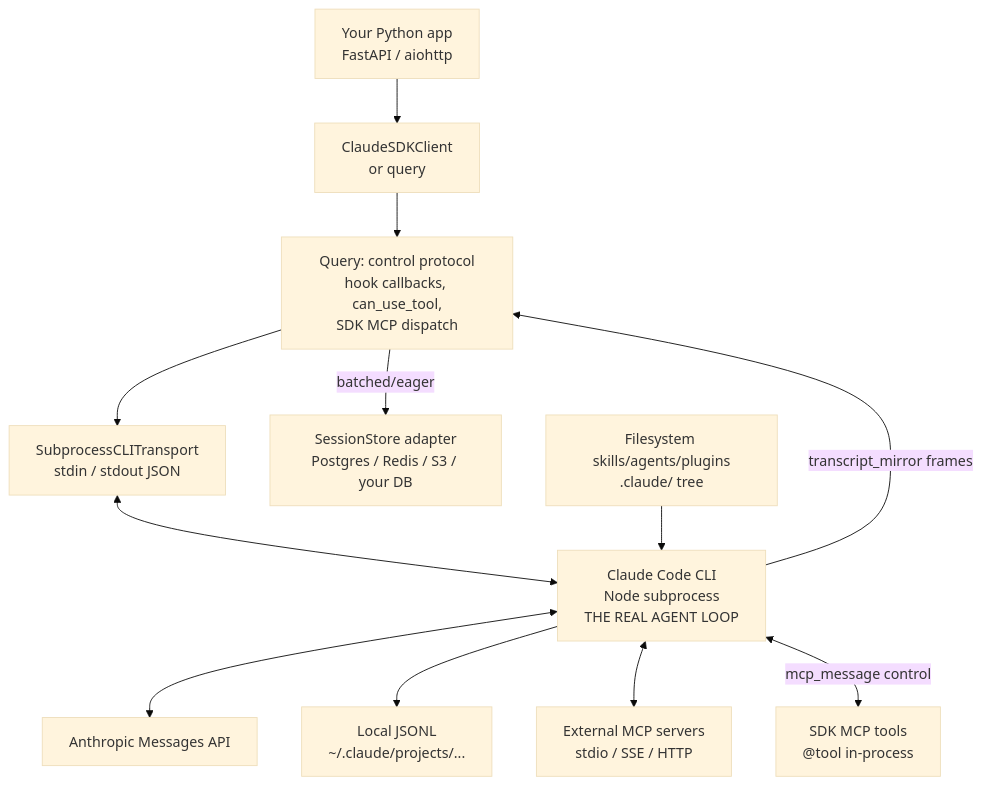
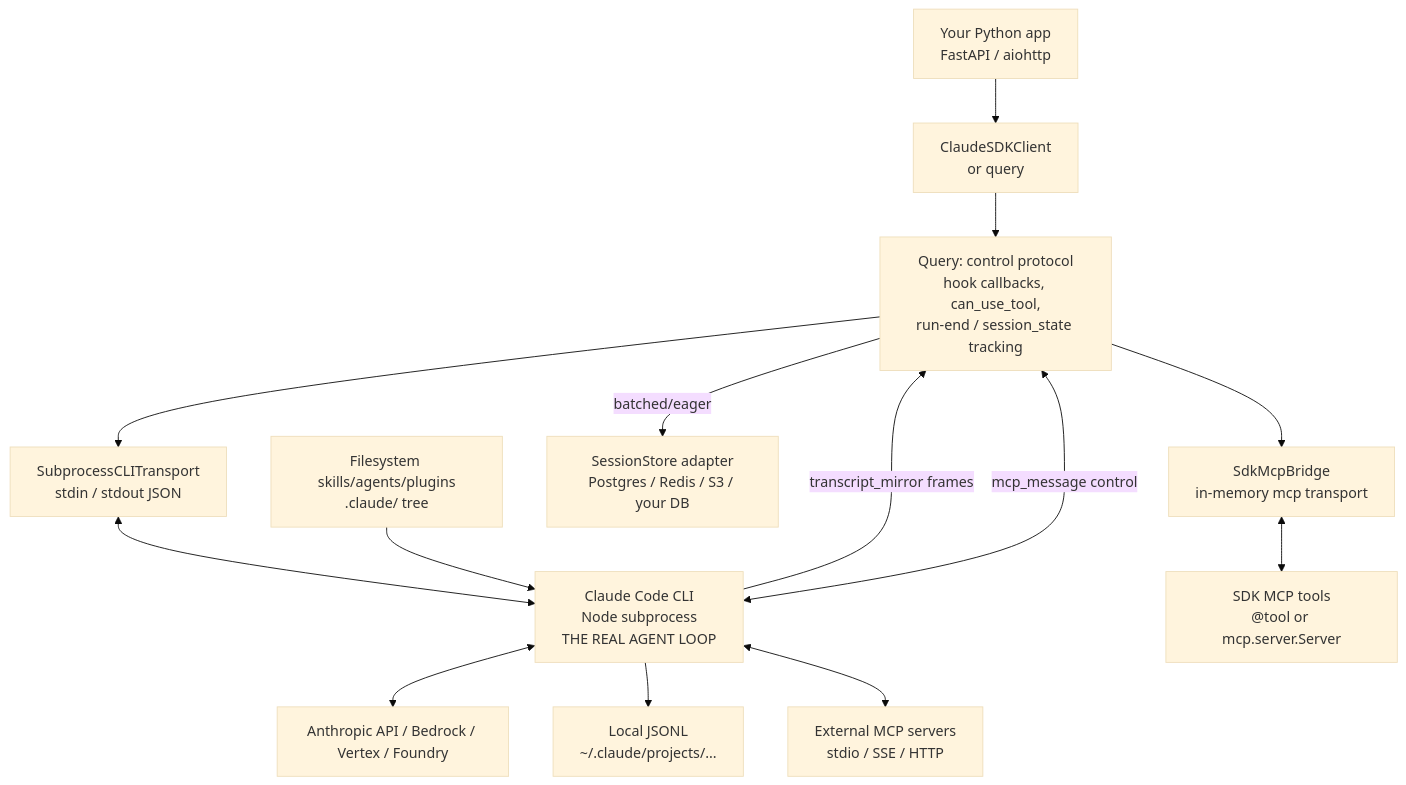
Before and after one commit to nmvalera/ai-framework-benchmark: the diagram in docs/reports/claude-agent-sdk-python.md, drawn with Mermaid (base theme). The commit also changed other lines of this file and 18 other files, not shown here.

````diff
--- a/docs/reports/claude-agent-sdk-python.md
+++ b/docs/reports/claude-agent-sdk-python.md
@@ -1814,26 +1911,29 @@
 ```mermaid
 flowchart TD
     A[Your Python app<br/>FastAPI / aiohttp]
     B[ClaudeSDKClient<br/>or query]
-    C[Query: control protocol<br/>hook callbacks, can_use_tool,<br/>SDK MCP dispatch]
+    C[Query: control protocol<br/>hook callbacks, can_use_tool,<br/>run-end / session_state tracking]
+    M[SdkMcpBridge<br/>in-memory mcp transport]
     D[SubprocessCLITransport<br/>stdin / stdout JSON]
     E[Claude Code CLI<br/>Node subprocess<br/>THE REAL AGENT LOOP]
-    F[Anthropic Messages API]
+    F[Anthropic API / Bedrock / Vertex / Foundry]
     G[Local JSONL<br/>~/.claude/projects/...]
     H[SessionStore adapter<br/>Postgres / Redis / S3 / your DB]
     I[External MCP servers<br/>stdio / SSE / HTTP]
-    J[SDK MCP tools<br/>@tool in-process]
+    J[SDK MCP tools<br/>@tool or mcp.server.Server]
     K[Filesystem skills/agents/plugins<br/>.claude/ tree]
 
     A --> B
     B --> C
     C --> D
     D <--> E
     E <--> F
     E --> G
     E -- transcript_mirror frames --> C
     C -- batched/eager --> H
     E <--> I
-    E <-- mcp_message control --> J
+    E <-- mcp_message control --> C
+    C --> M
+    M <--> J
     K --> E
 ```
````
